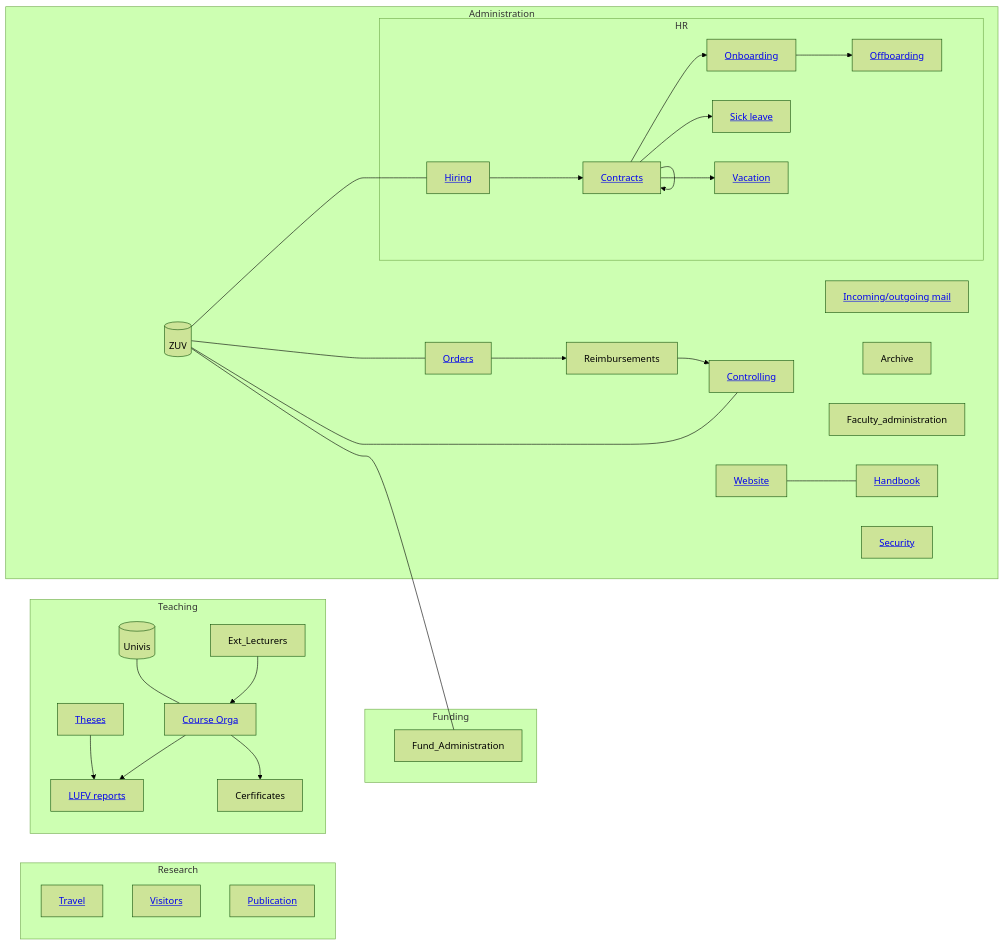
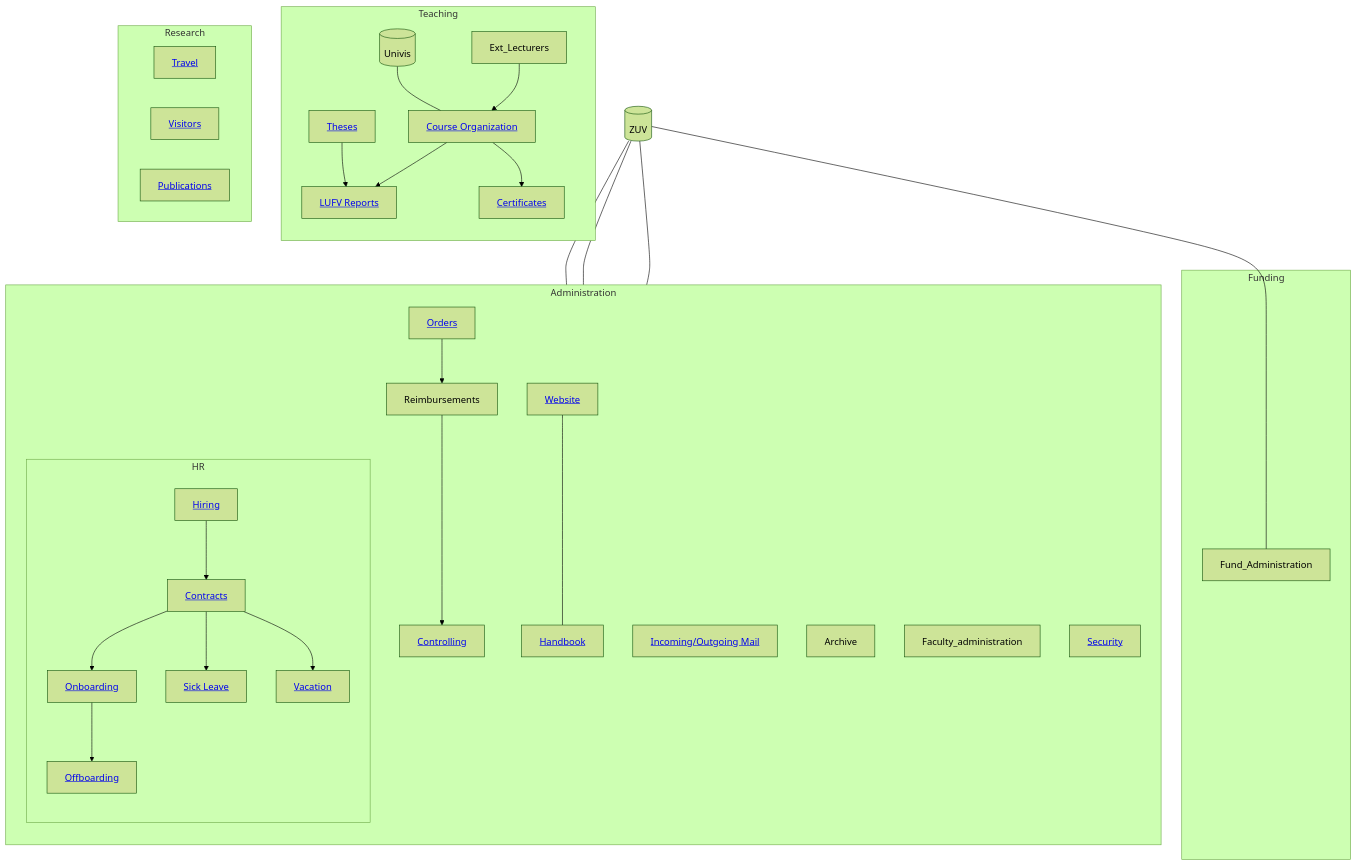
Before and after one commit to digital-work-lab/handbook: the diagram in docs/10-lab/10_processes/10.09.team_assistance.md, drawn with Mermaid (forest theme).

````diff
--- a/docs/10-lab/10_processes/10.09.team_assistance.md
+++ b/docs/10-lab/10_processes/10.09.team_assistance.md
@@ -13,45 +13,50 @@
 ```mermaid
-flowchart LR
+flowchart TB
     ZUV[(ZUV)]
     Univis[(Univis)]
+
+    subgraph Teaching
+        direction TB
+        Ext_Lecturers --> Course_Orga["<a href='../../30-teaching/30_processes/30.02.courses.html'>Course Organization</a>"]
+        Course_Orga --> LUFV["<a href='../../30-teaching/30_processes/30.20.reports.html'>LUFV Reports</a>"]
+        Theses["<a href='../../30-teaching/30_processes/30.40.theses.html'>Theses</a>"] --> LUFV
+        Course_Orga --> Certificates["<a href='../../30-teaching/30_processes/30.51.certificates.html'>Certificates</a>"]
+        Univis --- Course_Orga
+    end
+
     subgraph Funding
         Fund_Administration
     end
+
     subgraph Research
         Travel["<a href='10.50.travel.html'>Travel</a>"]
         Visitors["<a href='10.53.visitors.html'>Visitors</a>"]
-        Publications["<a href='../../20-research/20_processes/20.33.publication.html'>Publication</a>"]
+        Publications["<a href='../../20-research/20_processes/20.33.publication.html'>Publications</a>"]
     end
-    subgraph Teaching
-        Ext_Lecturers --> Course_Orga["<a href='../../30-teaching/30_processes/30.02.courses.html'>Course Orga</a>"]
-        Course_Orga --> LUFV["<a href='../../30-teaching/30_processes/30.20.reports.html'>LUFV reports</a>"]
-        Theses["<a href='../../30-teaching/30_processes/30.40.theses.html'>Theses</a>"] --> LUFV
-        LUFV
-        Course_Orga --> Certificates["<a h4ref='../../30-teaching/30_processes/30.51.certificates.html'>Cerfificates</a>"]
-        Univis --- Course_Orga
-    end
+
     subgraph Administration
-        Mail["<a href='10.51.mail.html'>Incoming/outgoing mail</a>"]
+        direction TB
+        Mail["<a href='10.51.mail.html'>Incoming/Outgoing Mail</a>"]
         Archive
         Faculty_administration
         Orders["<a href='10.52.orders.html'>Orders</a>"] --> Reimbursements
         Reimbursements --> Controlling["<a href='10.70.controlling.html'>Controlling</a>"]
-        Controlling
         Website["<a href='10.11.website.html'>Website</a>"] --- Handbook["<a href='10.10.handbook.html'>Handbook</a>"]
-        Handbook
         Security["<a href='10.72.security.html'>Security</a>"]
-        ZUV --- Controlling
-        ZUV --- Orders
+
         subgraph HR
+            direction TB
             Hiring["<a href='10.30.hiring.html'>Hiring</a>"] --> Contracts["<a href='10.31.contracts.html'>Contracts</a>"]
-            Contracts --> Contracts
             Contracts --> Onboarding["<a href='10.32.onboarding.html'>Onboarding</a>"]
-            Contracts --> Sick_leave["<a href='10.35.sick_leave.html'>Sick leave</a>"]
+            Contracts --> Sick_leave["<a href='10.35.sick_leave.html'>Sick Leave</a>"]
             Contracts --> Vacation["<a href='10.33.vacation.html'>Vacation</a>"]
-            Onboarding --> Offoarding["<a href='10.39.offboarding.html'>Offboarding</a>"]
+            Onboarding --> Offboarding["<a href='10.39.offboarding.html'>Offboarding</a>"]
         end
     end
 
+    ZUV --- Controlling
+    ZUV --- Orders
     ZUV --- Hiring
     ZUV --- Fund_Administration
+
 ```
````
